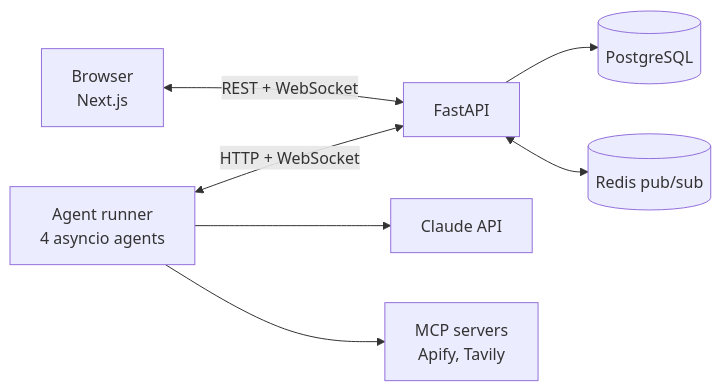
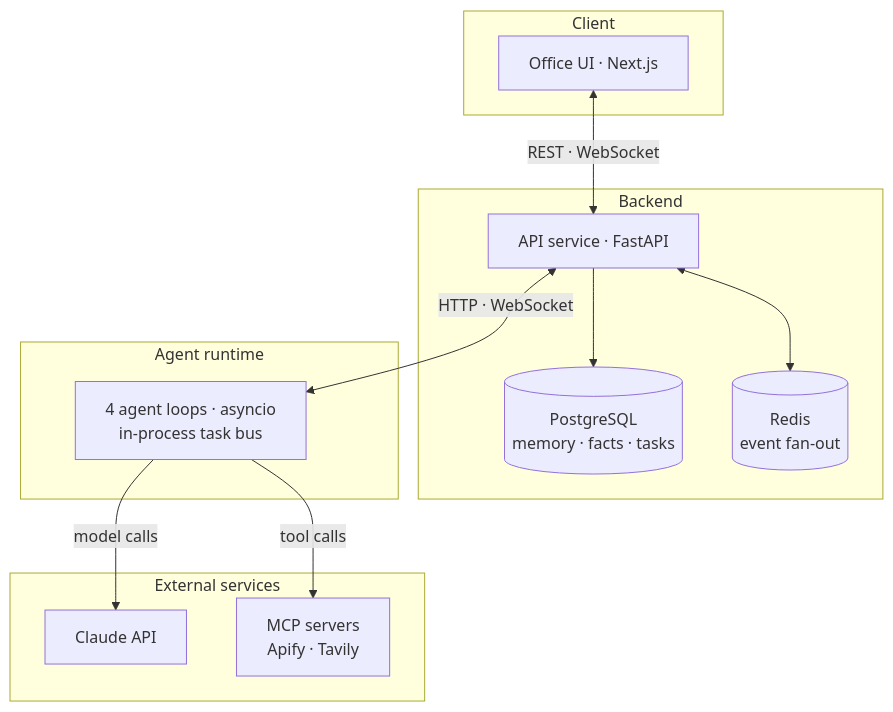
The diagram in content/projects/penguinhq.md (sparkling-snail/sparkling-snail.github.io), drawn with Mermaid before and after one commit. The commit also changed 2 other files, not shown here.

Commit message:
Restore original homepage hero; clearer PenguinHQ architecture diagram
Claude-Session: https://claude.ai/code/session_01WTtnGc38dZU6qbDk4TFNw4

````diff
--- a/content/projects/penguinhq.md
+++ b/content/projects/penguinhq.md
@@ -32,9 +32,28 @@
 ```mermaid
-flowchart LR
-    B[Browser<br/>Next.js] <-->|REST + WebSocket| A[FastAPI]
-    A --> P[(PostgreSQL)]
-    A <--> R[(Redis pub/sub)]
-    AR[Agent runner<br/>4 asyncio agents] <-->|HTTP + WebSocket| A
-    AR --> C[Claude API]
-    AR --> M[MCP servers<br/>Apify, Tavily]
+flowchart TB
+    subgraph client["Client"]
+        UI["Office UI · Next.js"]
+    end
+
+    subgraph backend["Backend"]
+        API["API service · FastAPI"]
+        PG[("PostgreSQL<br/>memory · facts · tasks")]
+        RD[("Redis<br/>event fan-out")]
+        API --> PG
+        API <--> RD
+    end
+
+    subgraph runtime["Agent runtime"]
+        RUN["4 agent loops · asyncio<br/>in-process task bus"]
+    end
+
+    subgraph external["External services"]
+        LLM["Claude API"]
+        MCP["MCP servers<br/>Apify · Tavily"]
+    end
+
+    UI <-->|REST · WebSocket| API
+    API <-->|HTTP · WebSocket| RUN
+    RUN -->|model calls| LLM
+    RUN -->|tool calls| MCP
 ```
````
